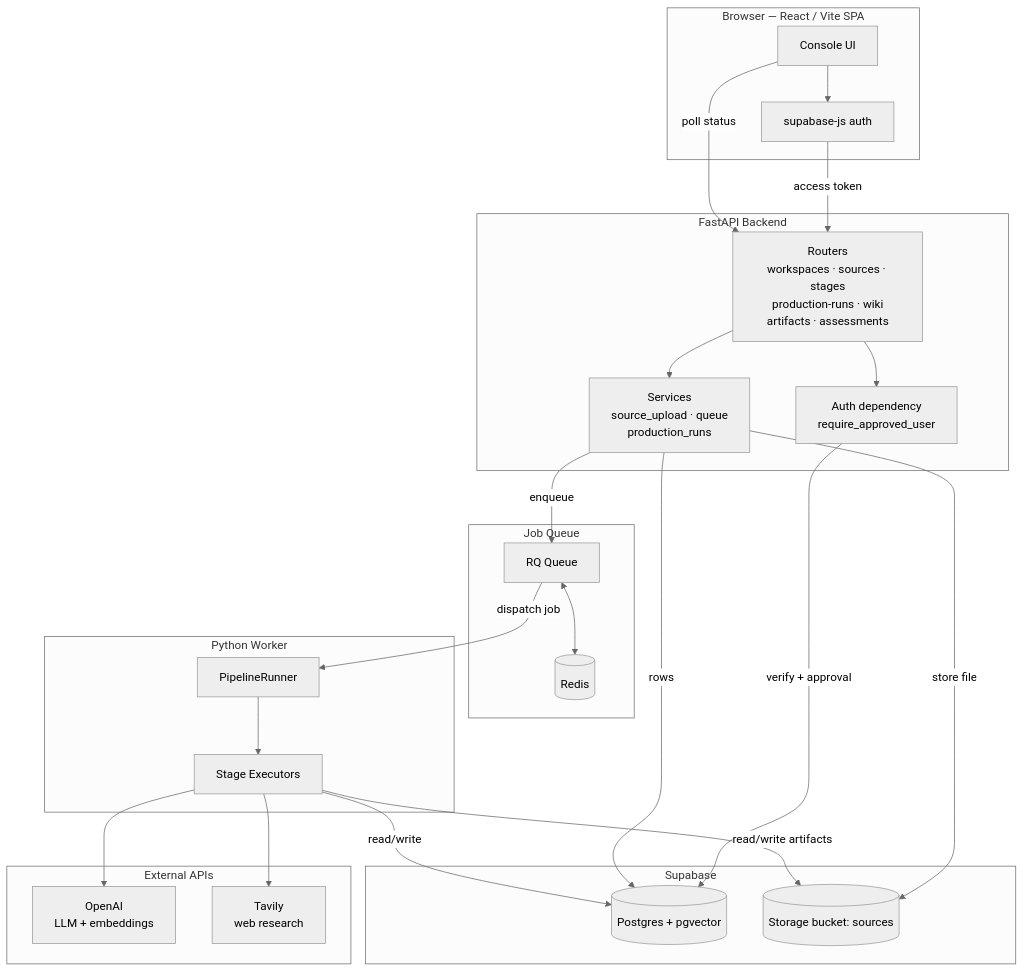
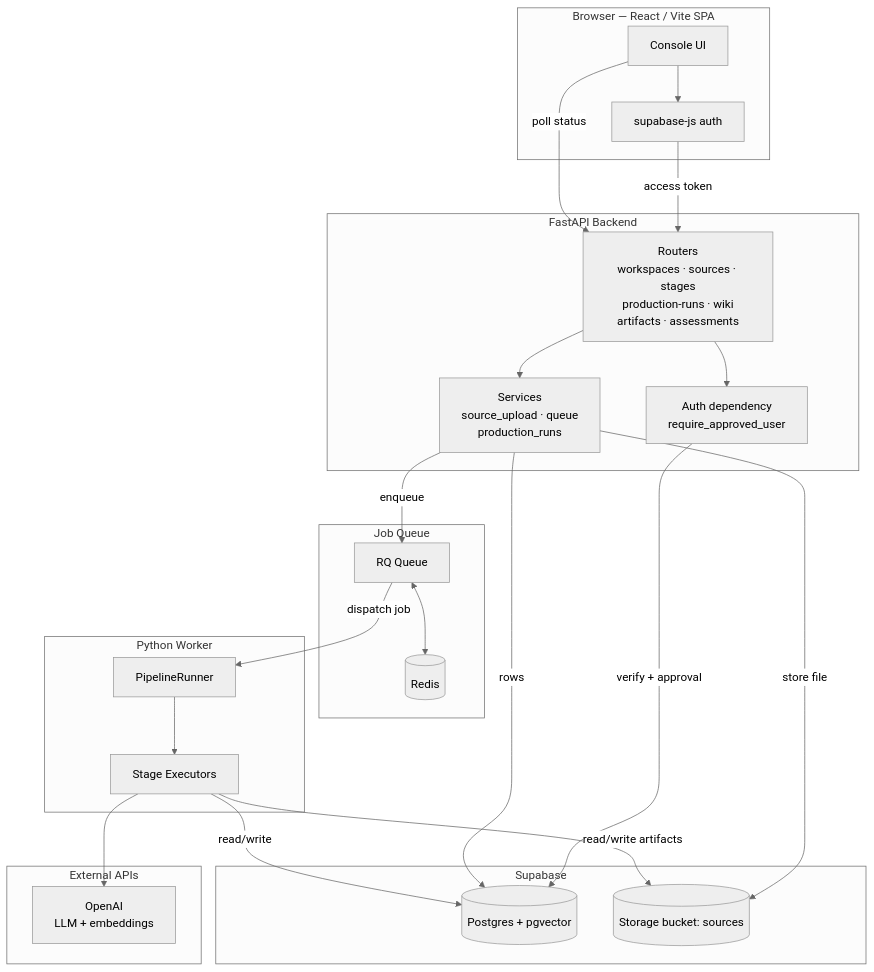
The first of 6 diagrams in README.md (lucas-spitzer/BriefWorks), drawn with Mermaid (neutral theme) before and after one commit. The commit also changed other lines of this file and 122 other files, not shown here.

````diff
--- a/README.md
+++ b/README.md
@@ -15,50 +15,48 @@
 ```mermaid
 flowchart TD
     subgraph client["Browser — React / Vite SPA"]
         UI[Console UI]
         SBJS[supabase-js auth]
     end
 
     subgraph api["FastAPI Backend"]
         AUTH[Auth dependency<br/>require_approved_user]
         ROUTERS[Routers<br/>workspaces · sources · stages<br/>production-runs · wiki<br/>artifacts · assessments]
         SVC[Services<br/>source_upload · queue<br/>production_runs]
     end
 
     subgraph queue["Job Queue"]
         REDIS[(Redis)]
         RQ[RQ Queue]
     end
 
     subgraph worker["Python Worker"]
         RUNNER[PipelineRunner]
         EXEC[Stage Executors]
     end
 
     subgraph data["Supabase"]
         PG[(Postgres + pgvector)]
         STORE[(Storage bucket: sources)]
     end
 
     subgraph ext["External APIs"]
         OPENAI[OpenAI<br/>LLM + embeddings]
-        TAVILY[Tavily<br/>web research]
     end
 
     UI --> SBJS
     SBJS -- access token --> ROUTERS
     ROUTERS --> AUTH
     AUTH -- verify + approval --> PG
     ROUTERS --> SVC
     SVC -- store file --> STORE
     SVC -- rows --> PG
     SVC -- enqueue --> RQ
     RQ <--> REDIS
     RQ -- dispatch job --> RUNNER
     RUNNER --> EXEC
     EXEC --> OPENAI
-    EXEC --> TAVILY
     EXEC -- read/write --> PG
     EXEC -- read/write artifacts --> STORE
     UI -- poll status --> ROUTERS
 ```
````
